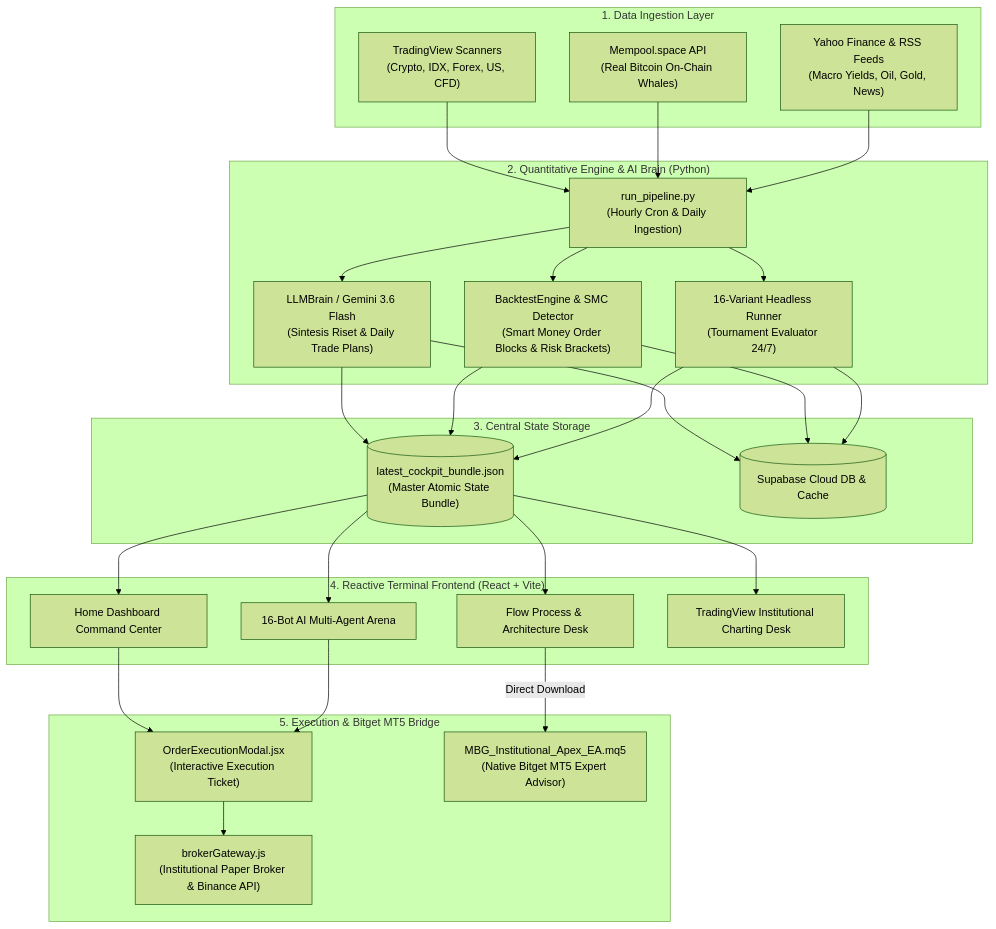
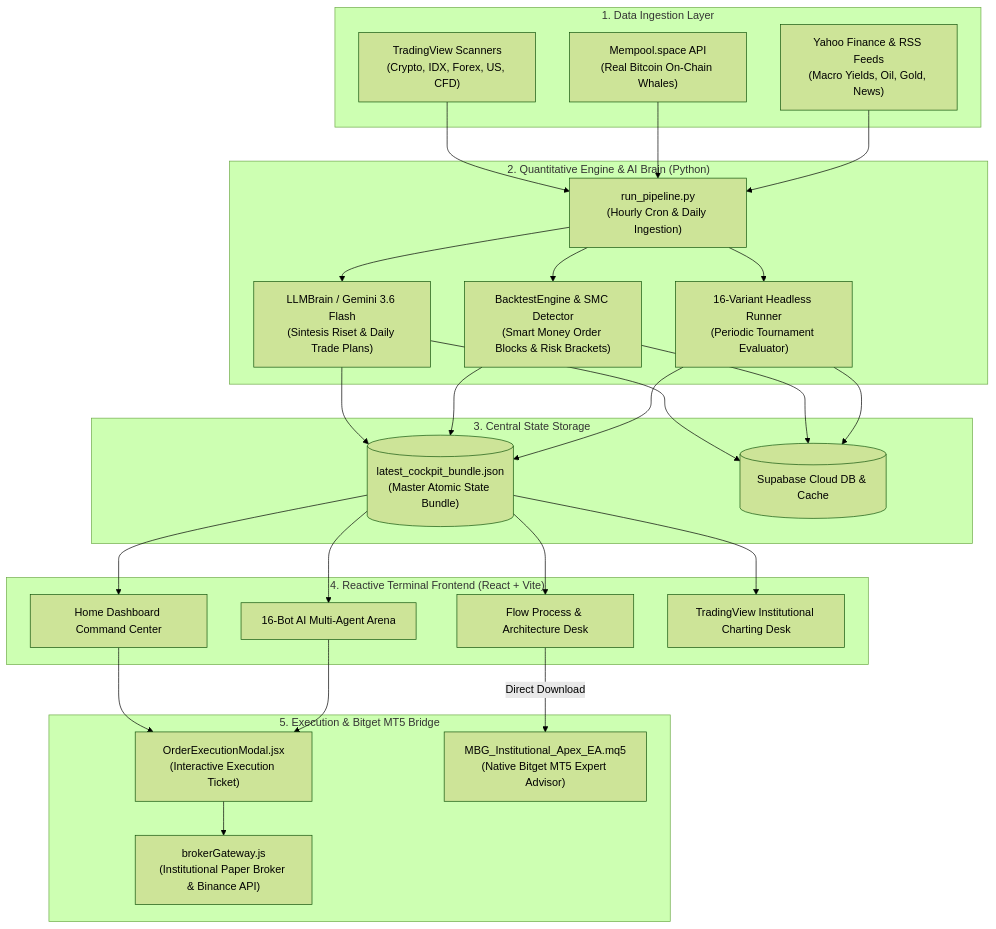
Before and after one commit to AhFu28/MBG-Trading: the fourth of 4 diagrams in README.md, drawn with Mermaid (forest theme). The commit also changed other lines of this file and 6 other files, not shown here.

````diff
--- a/README.md
+++ b/README.md
@@ -507,41 +507,41 @@
 ```mermaid
 flowchart TD
     subgraph S1["1. Data Ingestion Layer"]
         F1["TradingView Scanners\n(Crypto, IDX, Forex, US, CFD)"]
         F2["Mempool.space API\n(Real Bitcoin On-Chain Whales)"]
         F3["Yahoo Finance & RSS Feeds\n(Macro Yields, Oil, Gold, News)"]
     end
 
     subgraph S2["2. Quantitative Engine & AI Brain (Python)"]
         A1["run_pipeline.py\n(Hourly Cron & Daily Ingestion)"]
         A2["LLMBrain / Gemini 3.6 Flash\n(Sintesis Riset & Daily Trade Plans)"]
         A3["BacktestEngine & SMC Detector\n(Smart Money Order Blocks & Risk Brackets)"]
-        A4["16-Variant Headless Runner\n(Tournament Evaluator 24/7)"]
+        A4["16-Variant Headless Runner\n(Periodic Tournament Evaluator)"]
     end
 
     subgraph S3["3. Central State Storage"]
         D1[("latest_cockpit_bundle.json\n(Master Atomic State Bundle)")]
         D2[("Supabase Cloud DB & Cache")]
     end
 
     subgraph S4["4. Reactive Terminal Frontend (React + Vite)"]
         UI1["Home Dashboard Command Center"]
         UI2["16-Bot AI Multi-Agent Arena"]
         UI3["Flow Process & Architecture Desk"]
         UI4["TradingView Institutional Charting Desk"]
     end
 
     subgraph S5["5. Execution & Bitget MT5 Bridge"]
         E1["OrderExecutionModal.jsx\n(Interactive Execution Ticket)"]
         E2["brokerGateway.js\n(Institutional Paper Broker & Binance API)"]
         E3["MBG_Institutional_Apex_EA.mq5\n(Native Bitget MT5 Expert Advisor)"]
     end
 
     F1 & F2 & F3 --> A1
     A1 --> A2 & A3 & A4
     A2 & A3 & A4 --> D1 & D2
     D1 --> UI1 & UI2 & UI3 & UI4
     UI1 & UI2 --> E1
     E1 --> E2
     UI3 -->|Direct Download| E3
 ```
````
